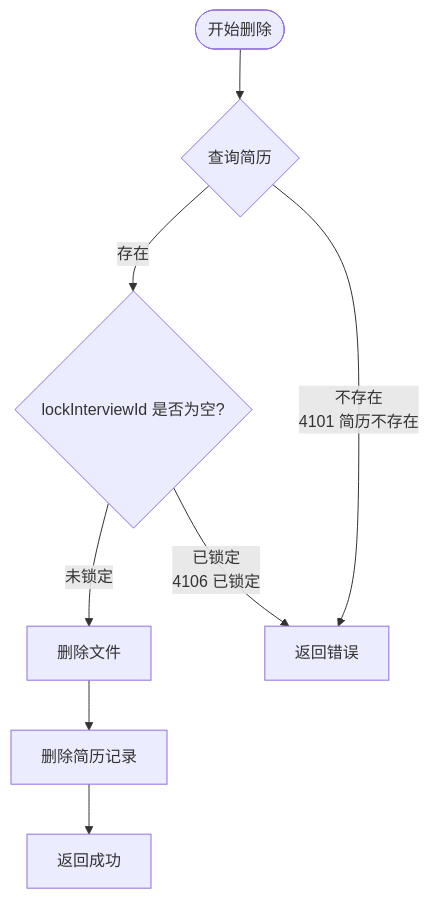
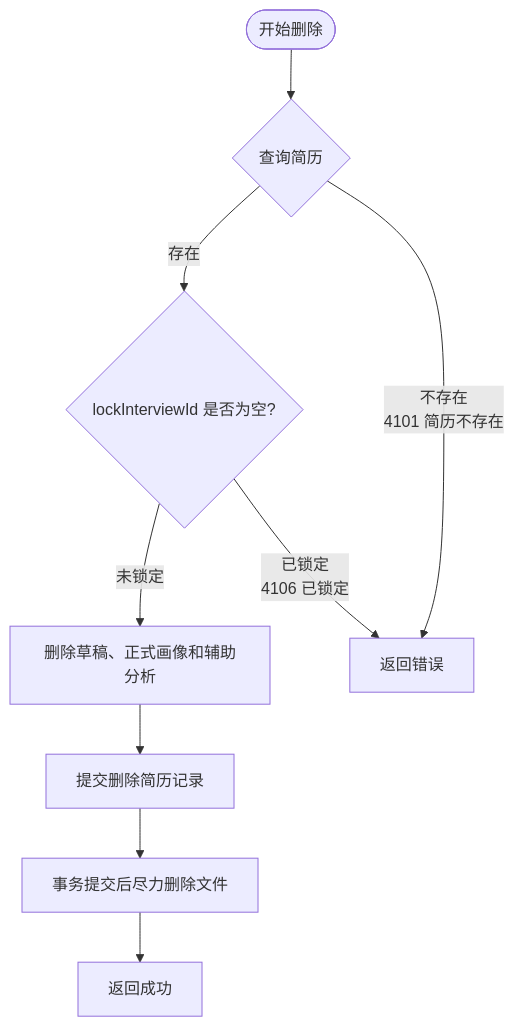
One commit to wanzhihuiha/interview-coach changed the fourth of 8 diagrams in docs/design/resume-module.md. Above: the diagram before and after it, drawn with Mermaid. The commit also changed other lines of this file and 5 other files, not shown here.

````diff
--- a/docs/design/resume-module.md
+++ b/docs/design/resume-module.md
@@ -606,21 +741,22 @@
 ```mermaid
 flowchart TD
     Start([开始删除])
     FindResume{查询简历}
     CheckLocked{lockInterviewId 是否为空?}
-    DeleteFile[删除文件]
-    DeleteRecord[删除简历记录]
+    DeleteRelations[删除草稿、正式画像和辅助分析]
+    DeleteRecord[提交删除简历记录]
+    DeleteFile[事务提交后尽力删除文件]
     ReturnSuccess[返回成功]
     ReturnError[返回错误]
 
     Start --> FindResume
 
     FindResume -->|存在| CheckLocked
     FindResume -->|不存在<br/>4101 简历不存在| ReturnError
 
     CheckLocked -->|已锁定<br/>4106 已锁定| ReturnError
-    CheckLocked -->|未锁定| DeleteFile
-
-    DeleteFile --> DeleteRecord
-    DeleteRecord --> ReturnSuccess
+    CheckLocked -->|未锁定| DeleteRelations
+    DeleteRelations --> DeleteRecord
+    DeleteRecord --> DeleteFile
+    DeleteFile --> ReturnSuccess
 ```
````
